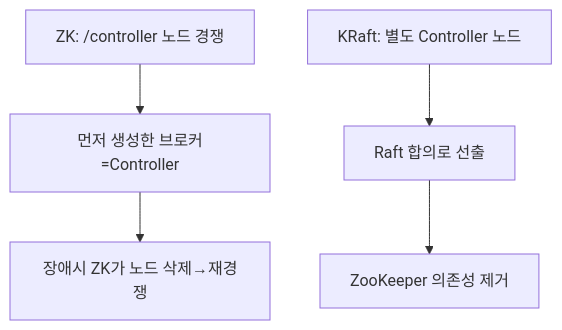
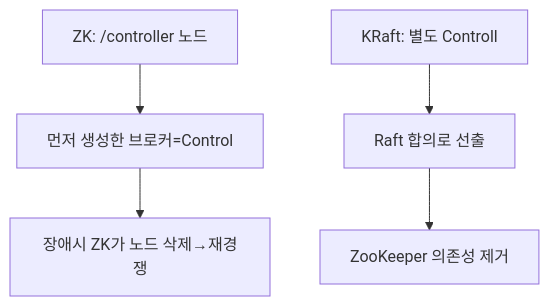
Before and after one commit to yjkim2015/yjkim2015.github.io: the sixth of 8 diagrams in _posts/kafka/2026-05-01-kafka-broker-deep.md, drawn with Mermaid. The commit also changed other lines of this file and 271 other files, not shown here.

First line of the commit message:
Mermaid 라벨 축소: 긴 노드 텍스트 18자 이하로 트림 + \n 제거

````diff
--- a/_posts/kafka/2026-05-01-kafka-broker-deep.md
+++ b/_posts/kafka/2026-05-01-kafka-broker-deep.md
@@ -211,7 +211,7 @@
 ```mermaid
 flowchart TD
-    Z1["ZK: /controller 노드 경쟁"] --> Z2["먼저 생성한 브로커=Controller"]
+    Z1["ZK: /controller 노드"] --> Z2["먼저 생성한 브로커=Control"]
     Z2 --> Z3["장애시 ZK가 노드 삭제→재경쟁"]
-    K1["KRaft: 별도 Controller 노드"] --> K2["Raft 합의로 선출"]
+    K1["KRaft: 별도 Controll"] --> K2["Raft 합의로 선출"]
     K2 --> K3["ZooKeeper 의존성 제거"]
 ```
````
